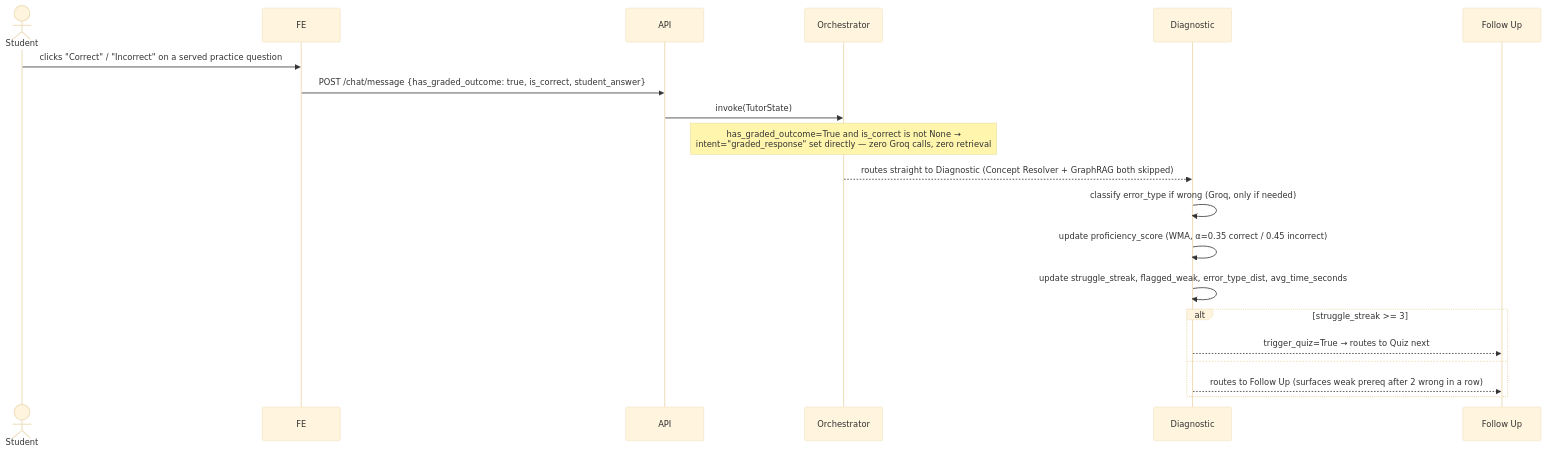
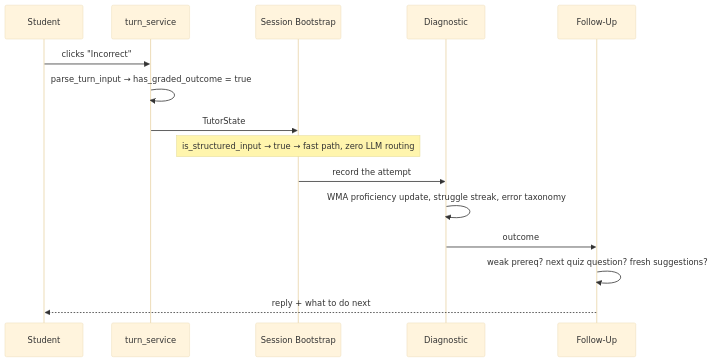
One commit to KodeinKGP-Technology-Web-3-0-Society/Aeropt-Agent changed the sixth of 9 diagrams in README.md. Above: the diagram before and after it, drawn with Mermaid (base theme). The commit also changed other lines of this file, not shown here.

First line of the commit message:
docs(agent): rewrite the README for the agent architecture

````diff
--- a/README.md
+++ b/README.md
@@ -559,23 +664,19 @@
 ```mermaid
 sequenceDiagram
-    actor Student
-    participant FE
-    participant API
-    participant Orch as Orchestrator
+    participant S as Student
+    participant TS as turn_service
+    participant Boot as Session Bootstrap
     participant Diag as Diagnostic
-    participant FU as Follow Up
+    participant FU as Follow-Up
 
-    Student->>FE: clicks "Correct" / "Incorrect" on a served practice question
-    FE->>API: POST /chat/message {has_graded_outcome: true, is_correct, student_answer}
-    API->>Orch: invoke(TutorState)
-    Note over Orch: has_graded_outcome=True and is_correct is not None →<br/>intent="graded_response" set directly — zero Groq calls, zero retrieval
-    Orch-->>Diag: routes straight to Diagnostic (Concept Resolver + GraphRAG both skipped)
-    Diag->>Diag: classify error_type if wrong (Groq, only if needed)
-    Diag->>Diag: update proficiency_score (WMA, α=0.35 correct / 0.45 incorrect)
-    Diag->>Diag: update struggle_streak, flagged_weak, error_type_dist, avg_time_seconds
-    alt struggle_streak >= 3
-        Diag-->>FU: trigger_quiz=True → routes to Quiz next
-    else
-        Diag-->>FU: routes to Follow Up (surfaces weak prereq after 2 wrong in a row)
-    end
+    S->>TS: clicks "Incorrect"
+    TS->>TS: parse_turn_input → has_graded_outcome = true
+    TS->>Boot: TutorState
+    Note over Boot: is_structured_input → true → fast path, zero LLM routing
+
+    Boot->>Diag: record the attempt
+    Diag->>Diag: WMA proficiency update, struggle streak, error taxonomy
+    Diag->>FU: outcome
+    FU->>FU: weak prereq? next quiz question? fresh suggestions?
+    FU-->>S: reply + what to do next
 ```
````
